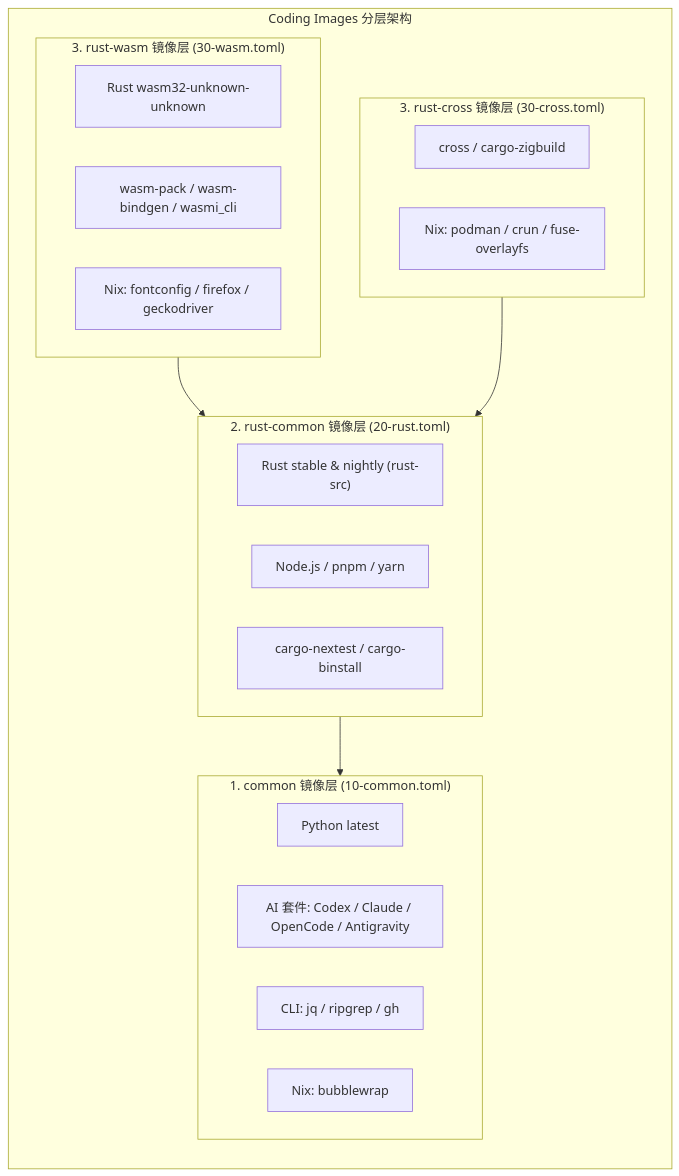
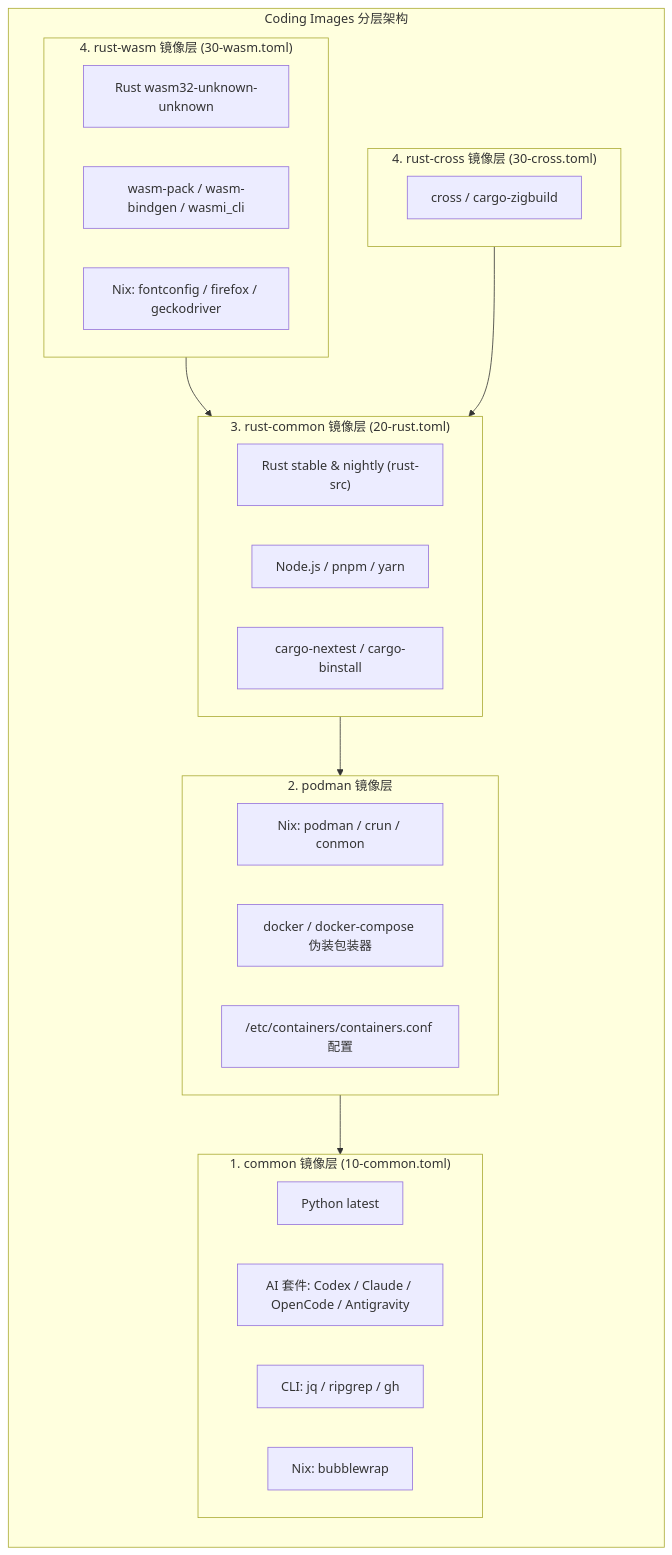
The second of 5 diagrams in README.md (shaogme/coding-images), drawn with Mermaid before and after one commit. The commit also changed other lines of this file and 24 other files, not shown here.

````diff
--- a/README.md
+++ b/README.md
@@ -170,34 +186,40 @@
 ```mermaid
 flowchart TB
     subgraph ContainerHierarchy["Coding Images 分层架构"]
         direction TB
 
         subgraph CommonLayer["1. common 镜像层 (10-common.toml)"]
             Python["Python latest"]
             AITools["AI 套件: Codex / Claude / OpenCode / Antigravity"]
             Utils["CLI: jq / ripgrep / gh"]
             NixBase["Nix: bubblewrap"]
         end
 
-        subgraph RustLayer["2. rust-common 镜像层 (20-rust.toml)"]
+        subgraph PodmanLayer["2. podman 镜像层"]
+            NixPodman["Nix: podman / crun / conmon"]
+            Wrappers["docker / docker-compose 伪装包装器"]
+            ContainersConf["/etc/containers/containers.conf 配置"]
+        end
+
+        subgraph RustLayer["3. rust-common 镜像层 (20-rust.toml)"]
             RustToolchains["Rust stable & nightly (rust-src)"]
             NodeTools["Node.js / pnpm / yarn"]
             CargoTools["cargo-nextest / cargo-binstall"]
         end
 
-        subgraph WasmLayer["3. rust-wasm 镜像层 (30-wasm.toml)"]
+        subgraph WasmLayer["4. rust-wasm 镜像层 (30-wasm.toml)"]
             WasmTargets["Rust wasm32-unknown-unknown"]
             WasmTools["wasm-pack / wasm-bindgen / wasmi_cli"]
             NixWasm["Nix: fontconfig / firefox / geckodriver"]
         end
 
-        subgraph CrossLayer["3. rust-cross 镜像层 (30-cross.toml)"]
+        subgraph CrossLayer["4. rust-cross 镜像层 (30-cross.toml)"]
             CrossTools["cross / cargo-zigbuild"]
-            NixCross["Nix: podman / crun / fuse-overlayfs"]
         end
 
         WasmLayer --> RustLayer
         CrossLayer --> RustLayer
-        RustLayer --> CommonLayer
+        RustLayer --> PodmanLayer
+        PodmanLayer --> CommonLayer
     end
 ```
````
